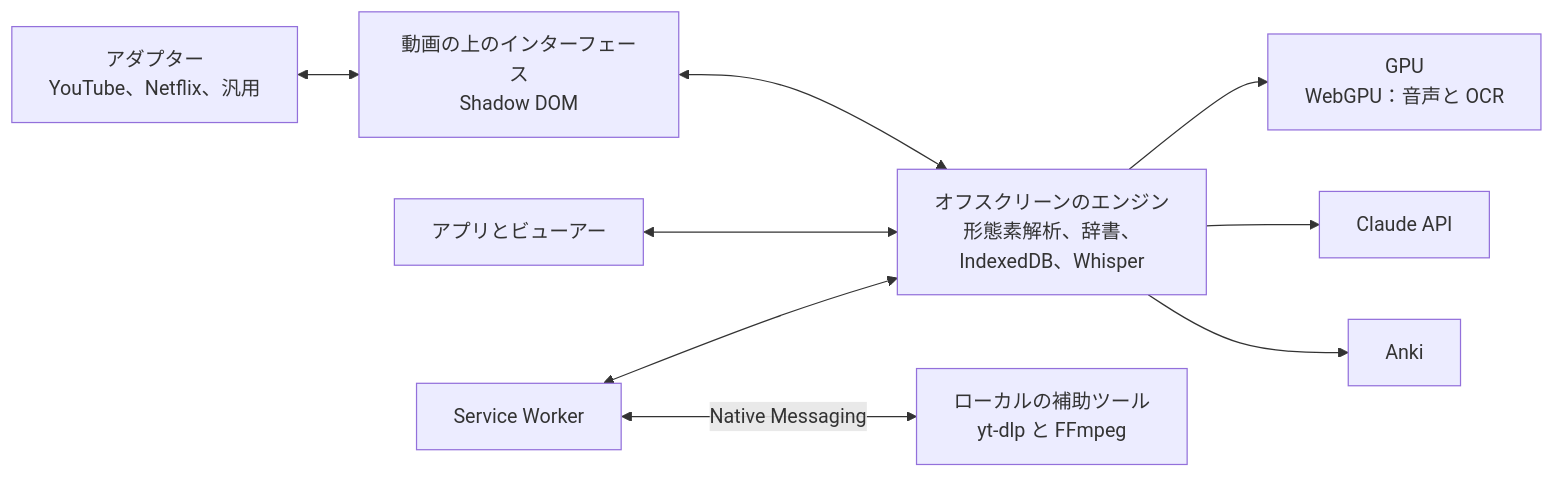
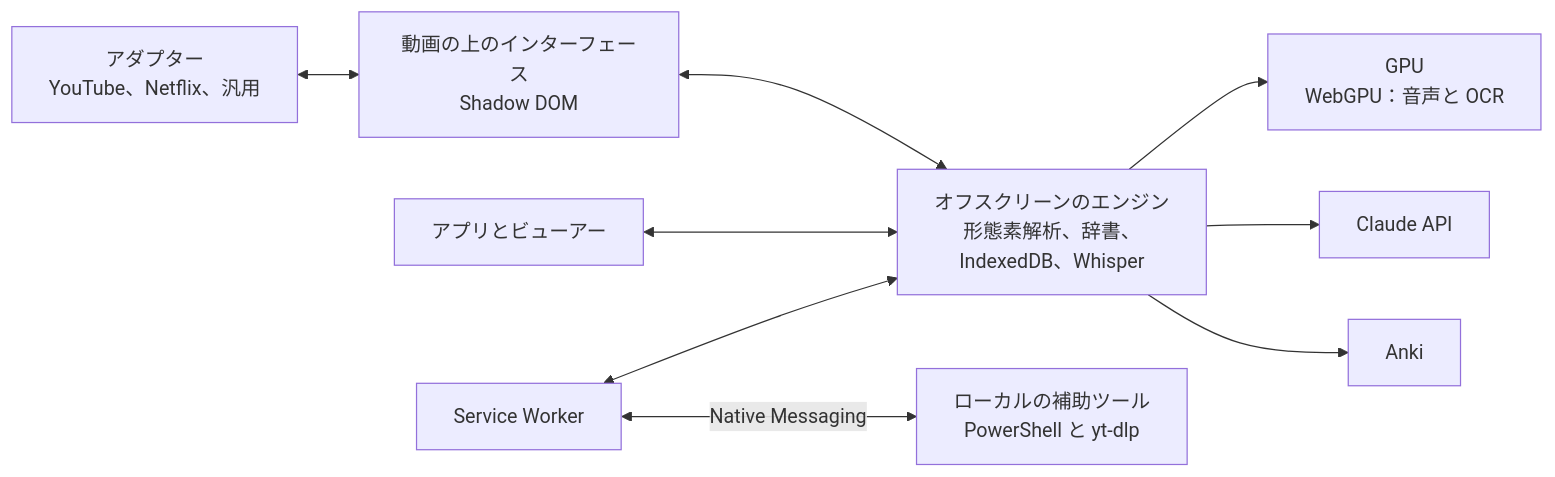
Before and after one commit to Eliam4510/kotonoha: the second of 2 diagrams in README.ja.md, drawn with Mermaid. The commit also changed other lines of this file and 83 other files, not shown here.

````diff
--- a/README.ja.md
+++ b/README.ja.md
@@ -158,11 +160,11 @@
 ```mermaid
 flowchart LR
   P["アダプター<br/>YouTube、Netflix、汎用"] <--> C["動画の上のインターフェース<br/>Shadow DOM"]
   C <--> M["オフスクリーンのエンジン<br/>形態素解析、辞書、<br/>IndexedDB、Whisper"]
   A["アプリとビューアー"] <--> M
   M --> G["GPU<br/>WebGPU：音声と OCR"]
   M --> CL["Claude API"]
   M --> AN["Anki"]
   S["Service Worker"] <--> M
-  S <-->|Native Messaging| H["ローカルの補助ツール<br/>yt-dlp と FFmpeg"]
+  S <-->|Native Messaging| H["ローカルの補助ツール<br/>PowerShell と yt-dlp"]
 ```
````
